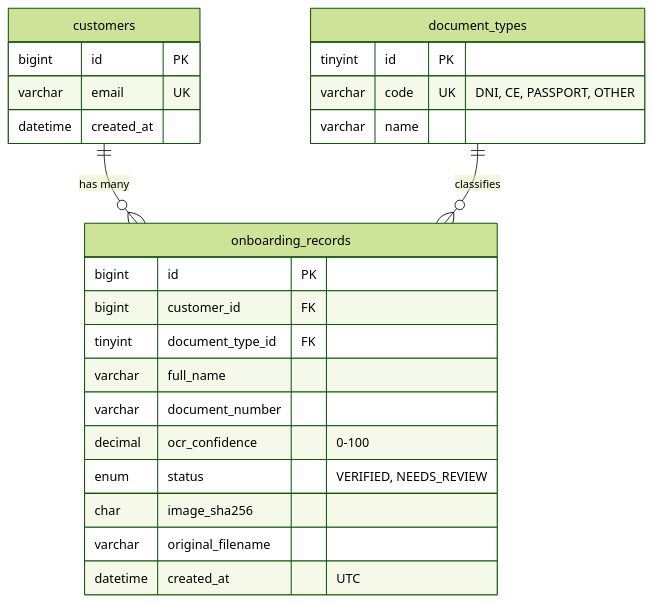
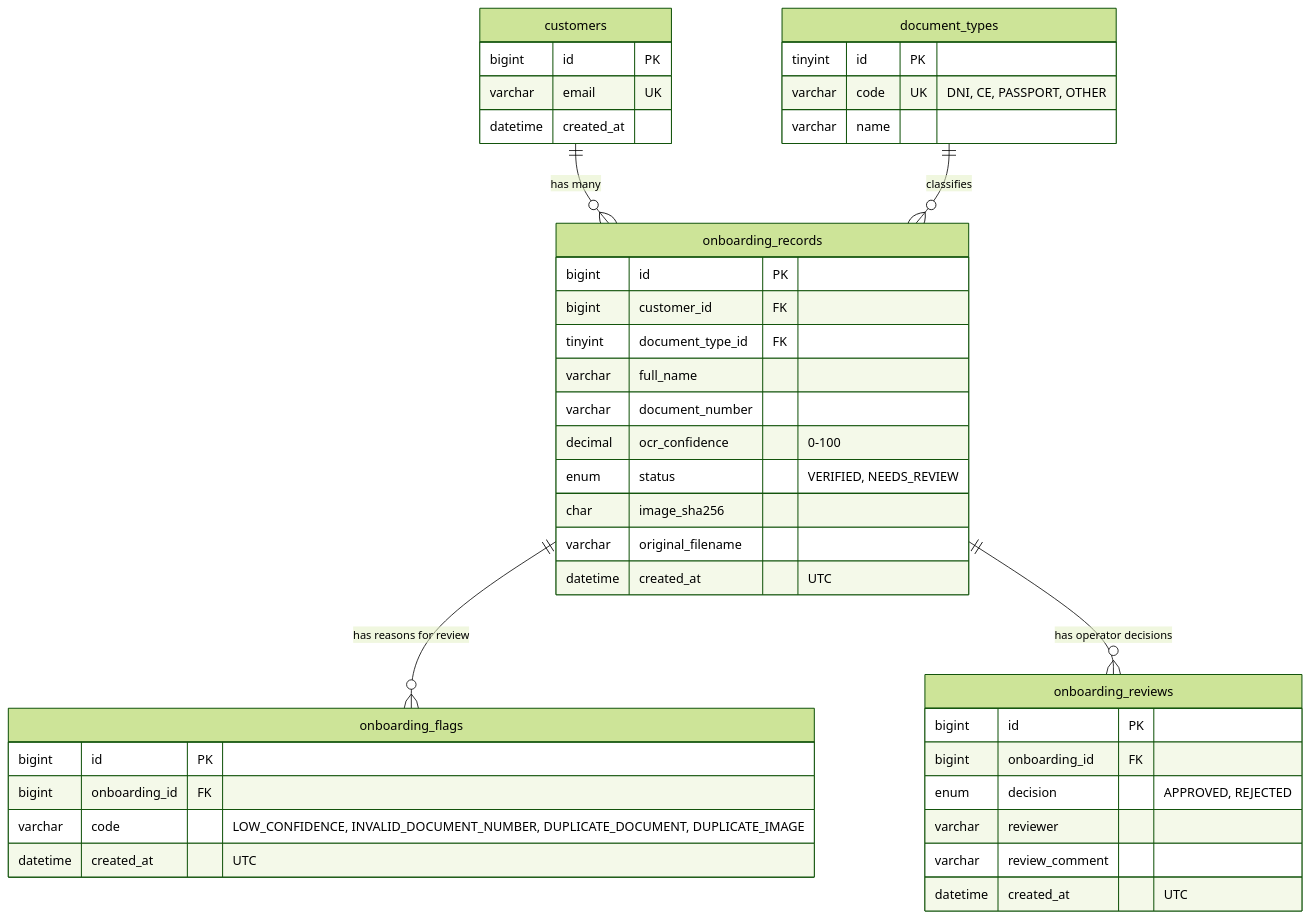
The diagram in docs/diagrams/data-model.mmd (rosalesdev928/mini-kyc), drawn with Mermaid (forest theme) before and after one commit. The commit also changed 58 other files, not shown here.

Commit message:
docs: update README, diagrams, mockup and defense notes

```diff
--- a/docs/diagrams/data-model.mmd
+++ b/docs/diagrams/data-model.mmd
@@ -1,26 +1,42 @@
 erDiagram
     customers ||--o{ onboarding_records : "has many"
     document_types ||--o{ onboarding_records : "classifies"
+    onboarding_records ||--o{ onboarding_flags : "has reasons for review"
+    onboarding_records ||--o{ onboarding_reviews : "has operator decisions"
 
     customers {
         bigint id PK
         varchar email UK
         datetime created_at
     }
     document_types {
         tinyint id PK
         varchar code UK "DNI, CE, PASSPORT, OTHER"
         varchar name
     }
     onboarding_records {
         bigint id PK
         bigint customer_id FK
         tinyint document_type_id FK
         varchar full_name
         varchar document_number
         decimal ocr_confidence "0-100"
         enum status "VERIFIED, NEEDS_REVIEW"
         char image_sha256
         varchar original_filename
         datetime created_at "UTC"
     }
+    onboarding_flags {
+        bigint id PK
+        bigint onboarding_id FK
+        varchar code "LOW_CONFIDENCE, INVALID_DOCUMENT_NUMBER, DUPLICATE_DOCUMENT, DUPLICATE_IMAGE"
+        datetime created_at "UTC"
+    }
+    onboarding_reviews {
+        bigint id PK
+        bigint onboarding_id FK
+        enum decision "APPROVED, REJECTED"
+        varchar reviewer
+        varchar review_comment
+        datetime created_at "UTC"
+    }
```
